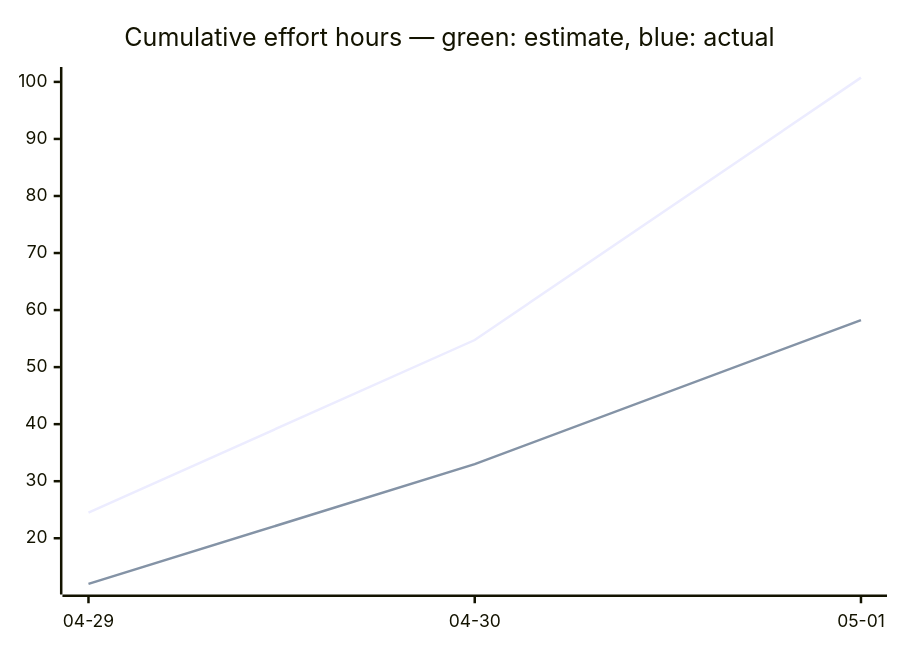
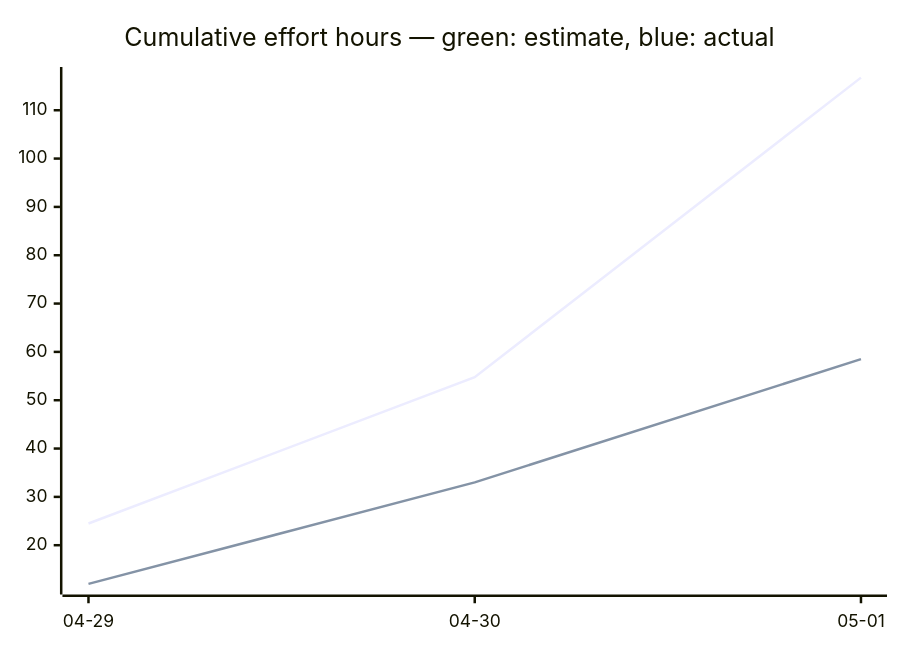
One commit to tgd1975/AwesomeStudioPedal changed the third of 3 diagrams in docs/developers/tasks/OVERVIEW.md. Above: the diagram before and after it, drawn with Mermaid. The commit also changed other lines of this file and 8 other files, not shown here.

````diff
--- a/docs/developers/tasks/OVERVIEW.md
+++ b/docs/developers/tasks/OVERVIEW.md
@@ -40,7 +40,7 @@
 ```mermaid
 xychart-beta
     title "Cumulative effort hours — green: estimate, blue: actual"
     x-axis ["04-29", "04-30", "05-01"]
-    line [24.5, 54.75, 100.75]
-    line [12, 33, 58.25]
+    line [24.5, 54.75, 116.75]
+    line [12, 33, 58.5]
 ```
````
